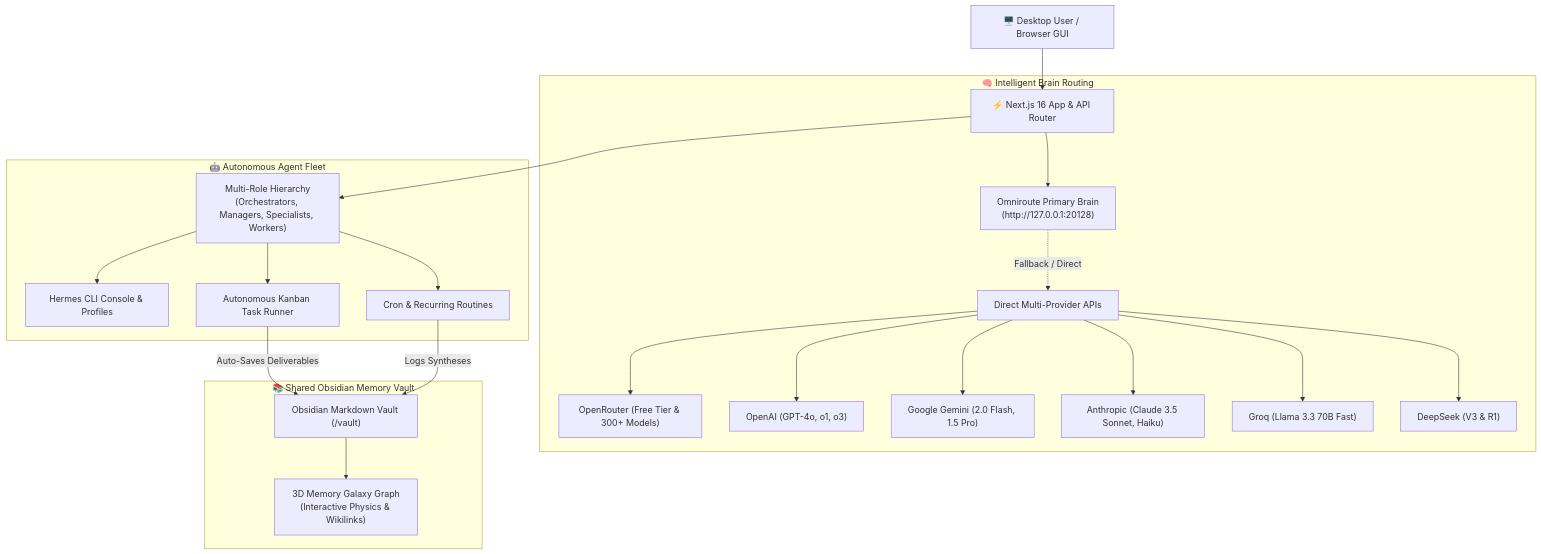
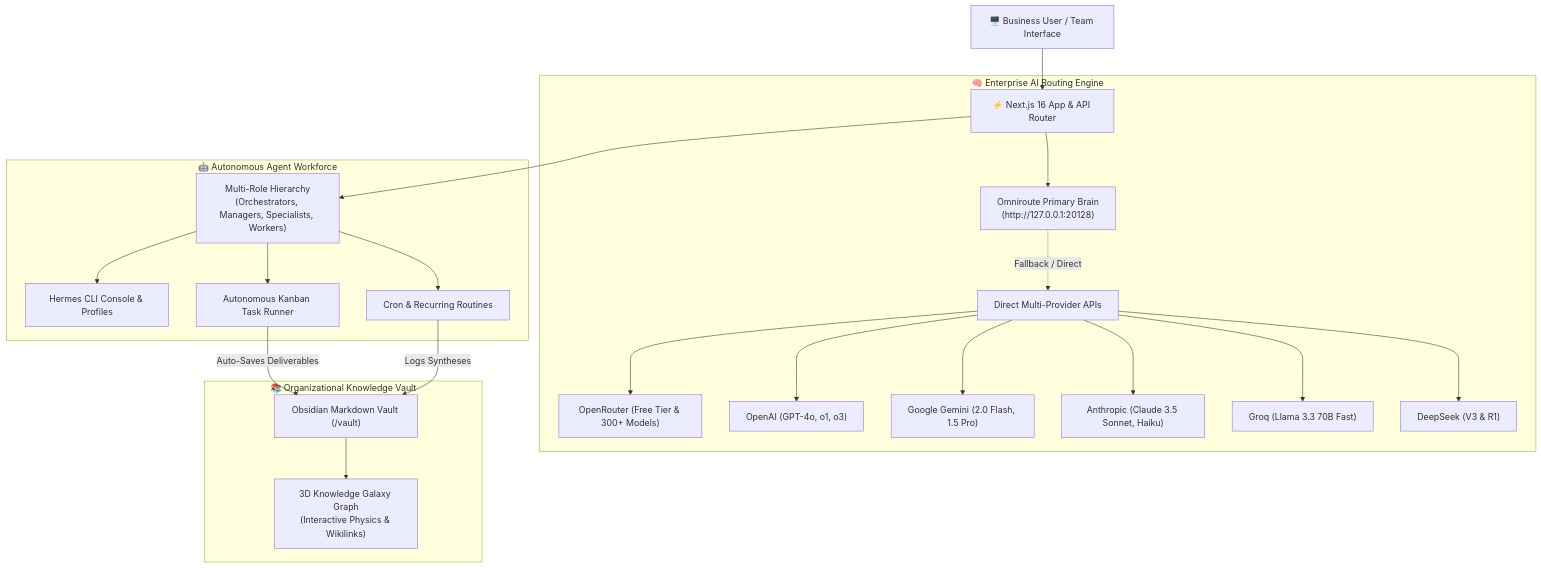
The diagram in agent-studio-os/README.md (RohanRajChhetri/Agent-Studio), drawn with Mermaid before and after one commit. The commit also changed other lines of this file and 114 other files, not shown here.

````diff
--- a/agent-studio-os/README.md
+++ b/agent-studio-os/README.md
@@ -12,28 +12,28 @@
 ```mermaid
 graph TD
-    User["🖥️ Desktop User / Browser GUI"] --> App["⚡ Next.js 16 App & API Router"]
+    User["🖥️ Business User / Team Interface"] --> App["⚡ Next.js 16 App & API Router"]
     
-    subgraph BrainRouting ["🧠 Intelligent Brain Routing"]
+    subgraph BrainRouting ["🧠 Enterprise AI Routing Engine"]
         App --> PrimaryRouter["Omniroute Primary Brain\n(http://127.0.0.1:20128)"]
         PrimaryRouter -.->|Fallback / Direct| ProviderGateway["Direct Multi-Provider APIs"]
         ProviderGateway --> OpenRouter["OpenRouter (Free Tier & 300+ Models)"]
         ProviderGateway --> OpenAI["OpenAI (GPT-4o, o1, o3)"]
         ProviderGateway --> Google["Google Gemini (2.0 Flash, 1.5 Pro)"]
         ProviderGateway --> Anthropic["Anthropic (Claude 3.5 Sonnet, Haiku)"]
         ProviderGateway --> Groq["Groq (Llama 3.3 70B Fast)"]
         ProviderGateway --> DeepSeek["DeepSeek (V3 & R1)"]
     end
 
-    subgraph AgentRuntime ["🤖 Autonomous Agent Fleet"]
+    subgraph AgentRuntime ["🤖 Autonomous Agent Workforce"]
         App --> AgentHierarchy["Multi-Role Hierarchy\n(Orchestrators, Managers, Specialists, Workers)"]
         AgentHierarchy --> HermesTerminal["Hermes CLI Console & Profiles"]
         AgentHierarchy --> KanbanRunner["Autonomous Kanban Task Runner"]
         AgentHierarchy --> SchedulerEngine["Cron & Recurring Routines"]
     end
 
-    subgraph SharedMemory ["📚 Shared Obsidian Memory Vault"]
+    subgraph SharedMemory ["📚 Organizational Knowledge Vault"]
         KanbanRunner -->|Auto-Saves Deliverables| Vault["Obsidian Markdown Vault (/vault)"]
         SchedulerEngine -->|Logs Syntheses| Vault
-        Vault --> Galaxy["3D Memory Galaxy Graph\n(Interactive Physics & Wikilinks)"]
+        Vault --> Galaxy["3D Knowledge Galaxy Graph\n(Interactive Physics & Wikilinks)"]
     end
 ```
````
